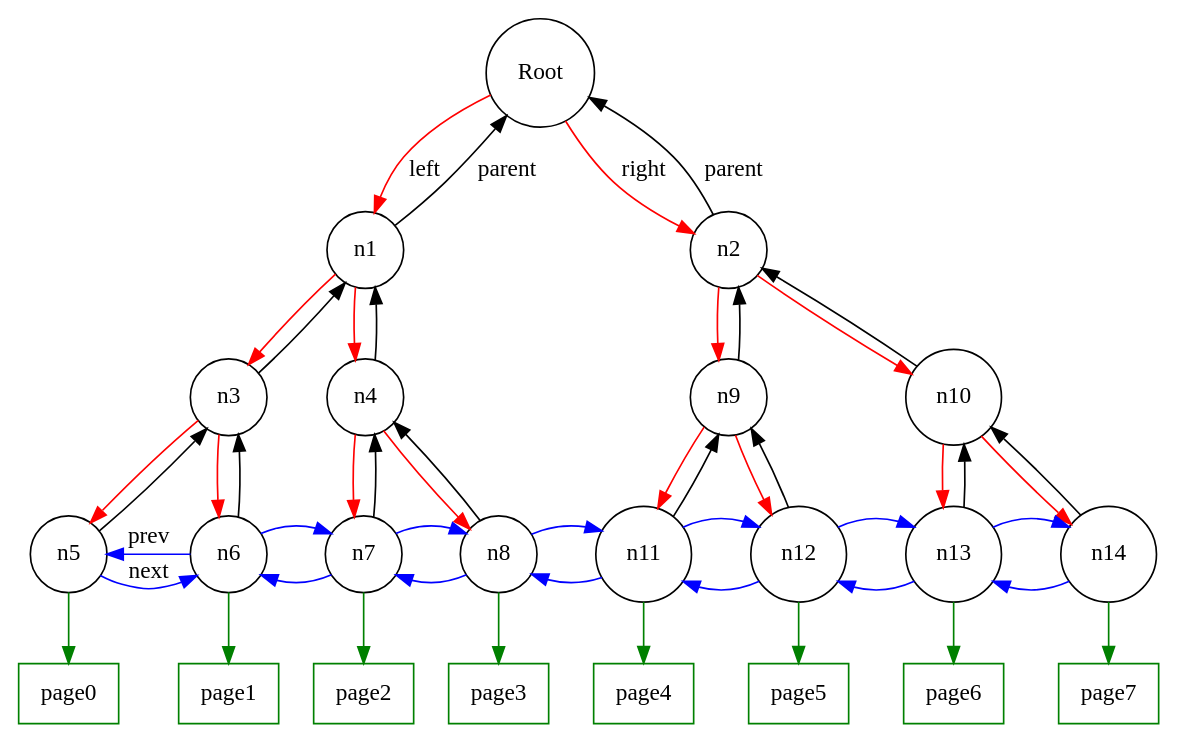
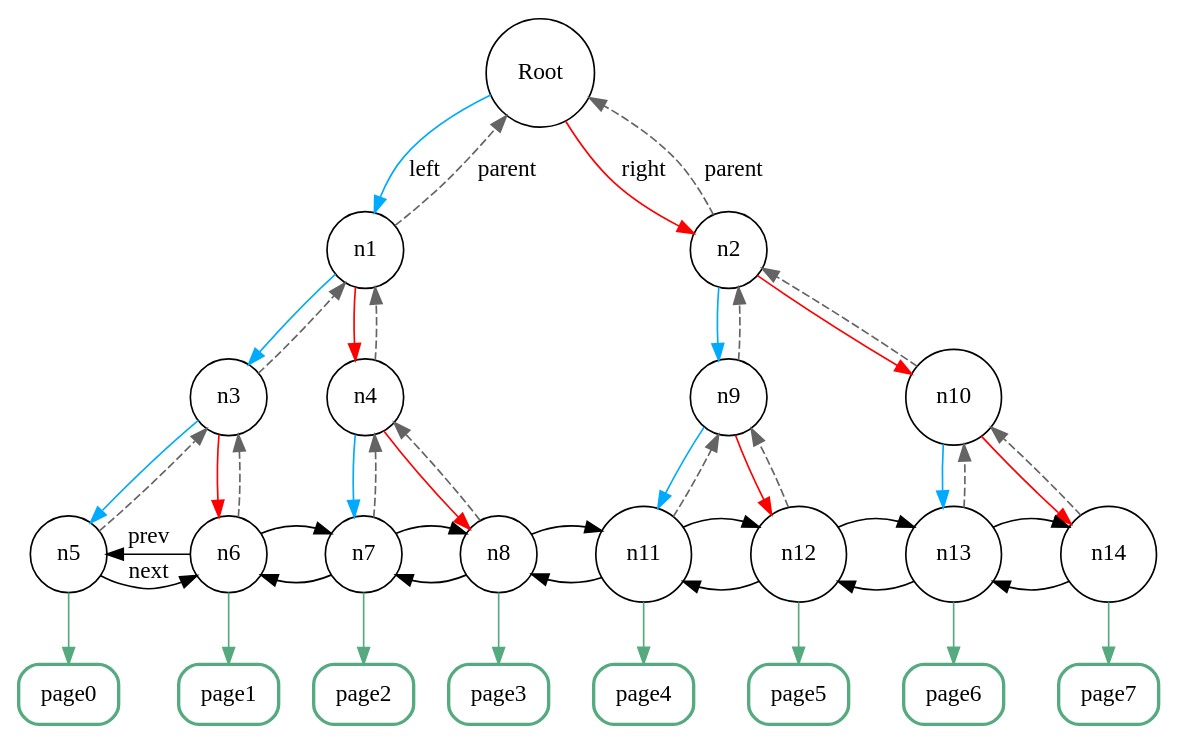
Before and after one commit to carl-erwin/unlimited: the diagram in src/core/mapped_file_internal_tree.dot, drawn with Graphviz.

Commit message:
mapped_file: improve graph style

```diff
--- a/src/core/mapped_file_internal_tree.dot
+++ b/src/core/mapped_file_internal_tree.dot
@@ -1,69 +1,70 @@
  digraph mapped_file {
 
- 	node [shape=circle]
-	edge [color=red]
+ 	node [shape="circle" color="#000000"  penwidth=1 ]
 
-	// parents -> child
+	// parent -> left child
+	edge [color="#00aaff" style=solid]
 	Root -> n1 [label=left]
+	n1 -> n3
+	n3 -> n5
+	n4 -> n7
+	n2 -> n9
+	n9 -> n11
+	n10 -> n13
 
+	// parent -> right child
+	edge [color="#ff0000" style=solid ]
 	Root -> n2 [label=right]
-
-
-	n1 -> n3    // [label=left]
 	n1 -> n4    // [label=right]
-	n3 -> n5    // [label=left]
 	n3 -> n6    // [label=right]
-	n4 -> n7    // [label=left]
 	n4 -> n8    // [label=right]
-	n2 -> n9    // [label=left]
 	n2 -> n10   // [label=right]
-	n9 -> n11   // [label=left]
 	n9 -> n12   // [label=right]
-	n10 -> n13  // [label=left]
 	n10 -> n14  // [label=right]
 
 	// children -> parent
-	edge [color=black]
-
-	{n1, n2} -> Root  [label=parent]
-	{n3 n4} -> n1	 // [label=parent]
-	{n5, n6} -> n3   // [label=parent]
-	{n7 n8} -> n4    // [label=parent]
-	{n9 n10} -> n2   // [label=parent]
-	{n11, n12} -> n9 // [label=parent]
-	{n13 n14} -> n10 // [label=parent]
+	edge [color="#646464" style=dashed]
+	{n1, n2} -> Root  [label=parent ]
+	{n3 n4} -> n1
+	{n5, n6} -> n3
+	{n7 n8} -> n4
+	{n9 n10} -> n2
+	{n11, n12} -> n9
+	{n13 n14} -> n10
 
 	// leaf <-> leaf ... <-> leaf
-	edge [color=blue]
+	edge [color="#000000" style=solid ]
 
-	n5 -> n6 [constraint=false label=next]
-	n6 -> n5 [constraint=false label=prev]
+	n5 -> n6 [constraint=false label="next"]
+	n6 -> n5 [constraint=false label="prev"]
 
 	n7-> n6 [constraint=false]
 	n6 -> n7 [constraint=false]
 
 	n8 -> n7 [constraint=false]
 	n7 -> n8 [constraint=false]
 
 	n11 -> n8 [constraint=false]
 	n8 -> n11 [constraint=false]
 
 	n12 -> n11 [constraint=false]
 	n11 -> n12 [constraint=false]
 
 	n13 -> n12 [constraint=false]
 	n12 -> n13 [constraint=false]
 
 	n14 -> n13 [constraint=false]
 	n13 -> n14 [constraint=false]
 
- 	node [shape=rect] [color=green]
-	n5  -> page0 [color=green]
-	n6  -> page1 [color=green]
-	n7  -> page2 [color=green]
-	n8  -> page3 [color=green]
-	n11 -> page4 [color=green]
-	n12 -> page5 [color=green]
-	n13 -> page6 [color=green]
-	n14 -> page7 [color=green]
+   node [shape="Mrecord" color="#55aa7f"  penwidth=2 ]
+   edge [color="#55aa7f"]
+
+	n5  -> page0
+	n6  -> page1
+	n7  -> page2
+	n8  -> page3
+	n11 -> page4
+	n12 -> page5
+	n13 -> page6
+	n14 -> page7
 }
```
